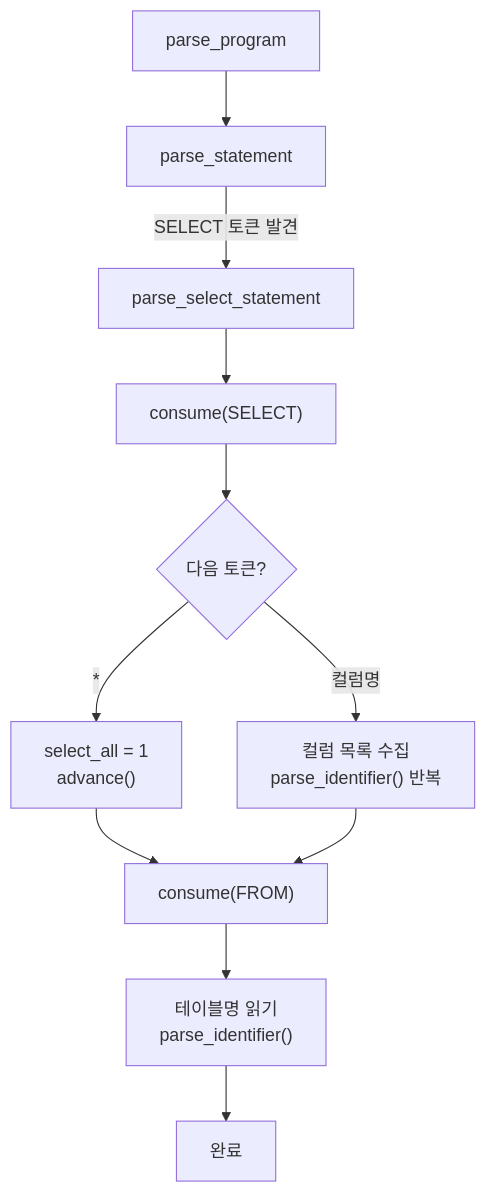
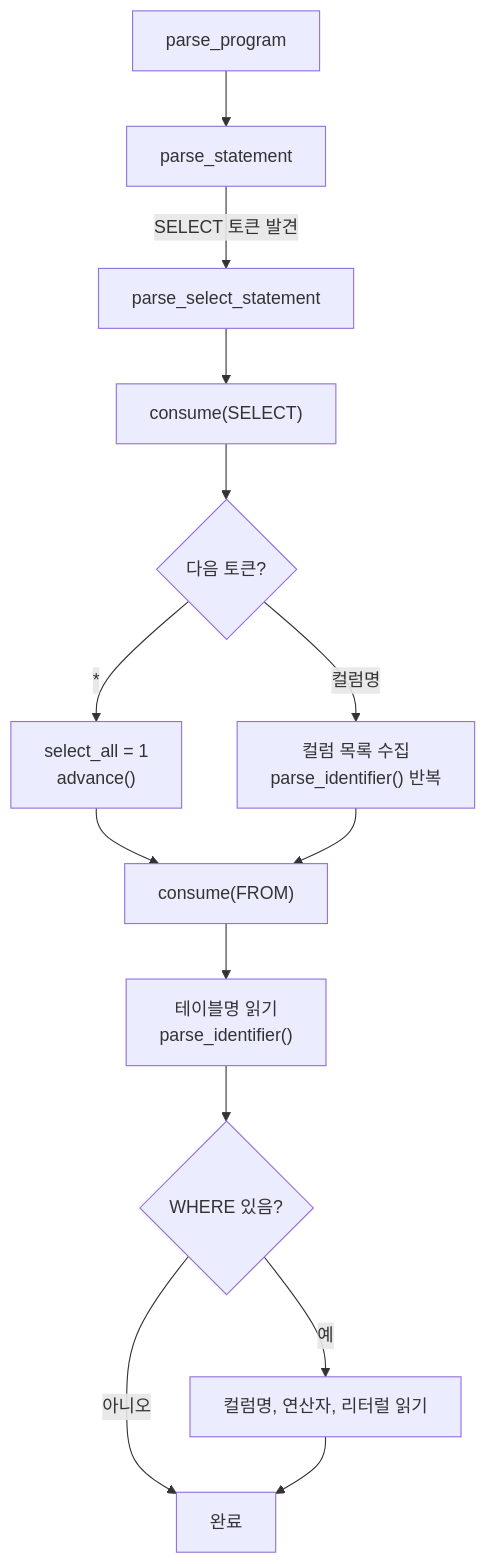
Before and after one commit to Jungle-12-303/week7-02-sql-index: the fifth of 11 diagrams in GUIDE.md, drawn with Mermaid. The commit also changed other lines of this file and 10 other files, not shown here.

````diff
--- a/GUIDE.md
+++ b/GUIDE.md
@@ -378,13 +416,16 @@
 ```mermaid
 flowchart TD
     A[parse_program] --> B[parse_statement]
     B -- SELECT 토큰 발견 --> C[parse_select_statement]
     C --> D["consume(SELECT)"]
     D --> E{다음 토큰?}
     E -- "*" --> F["select_all = 1\nadvance()"]
     E -- 컬럼명 --> G["컬럼 목록 수집\nparse_identifier() 반복"]
     F --> H["consume(FROM)"]
     G --> H
     H --> I["테이블명 읽기\nparse_identifier()"]
-    I --> J[완료]
+    I --> J{"WHERE 있음?"}
+    J -- 예 --> K["컬럼명, 연산자, 리터럴 읽기"]
+    J -- 아니오 --> L[완료]
+    K --> L
 ```
````
